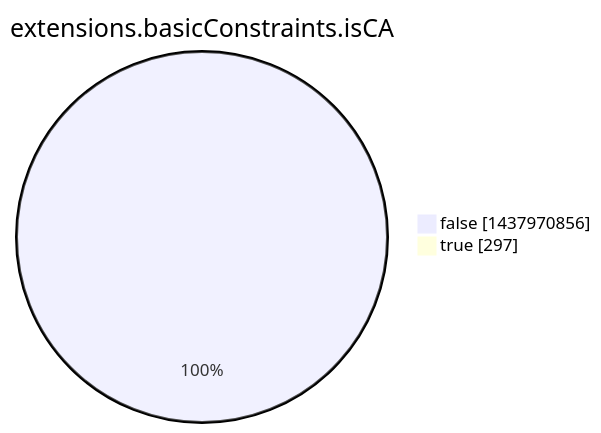
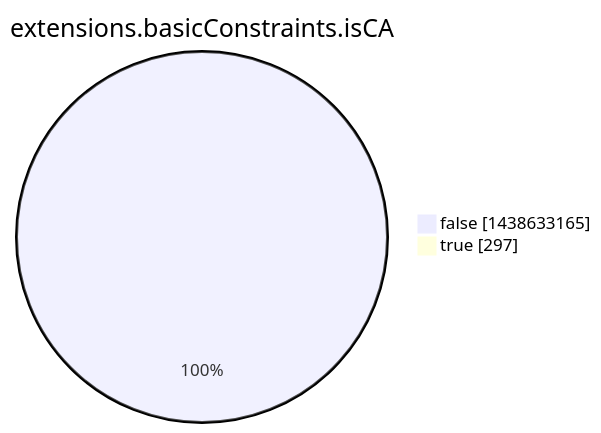
The eighth of 15 diagrams in argon2022/README.md (christiankrug/ctmonitor_visualization), drawn with Mermaid before and after one commit. The commit also changed other lines of this file, not shown here.

````diff
--- a/argon2022/README.md
+++ b/argon2022/README.md
@@ -2760,6 +2760,6 @@
 ```mermaid
 pie showData
 title extensions.basicConstraints.isCA
-"false" :1437970856
+"false" :1438633165
 "true" :297
 ```
````
